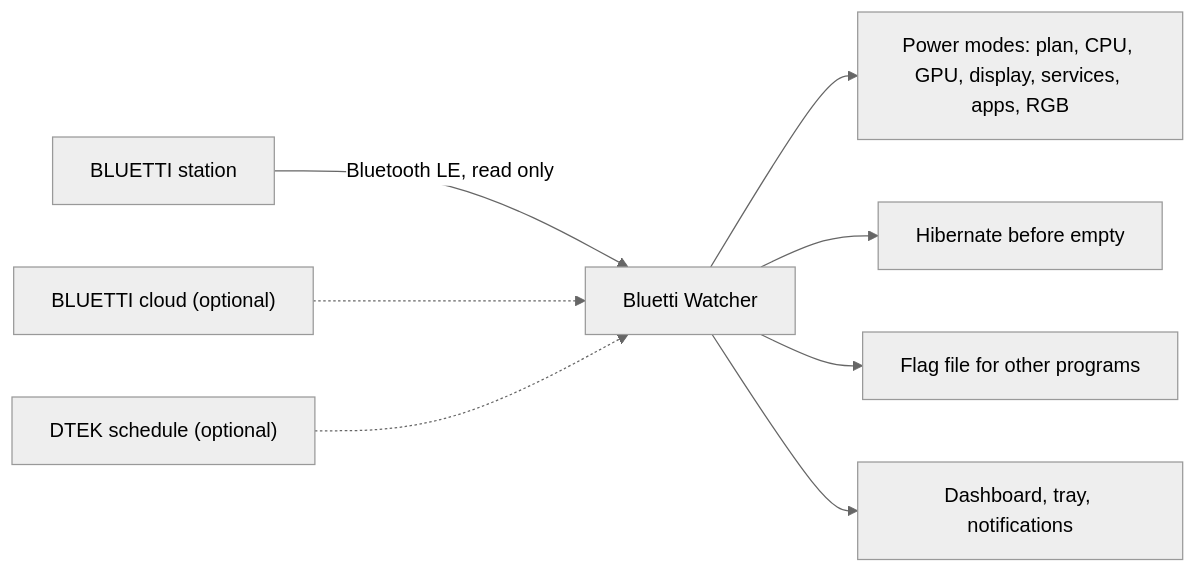
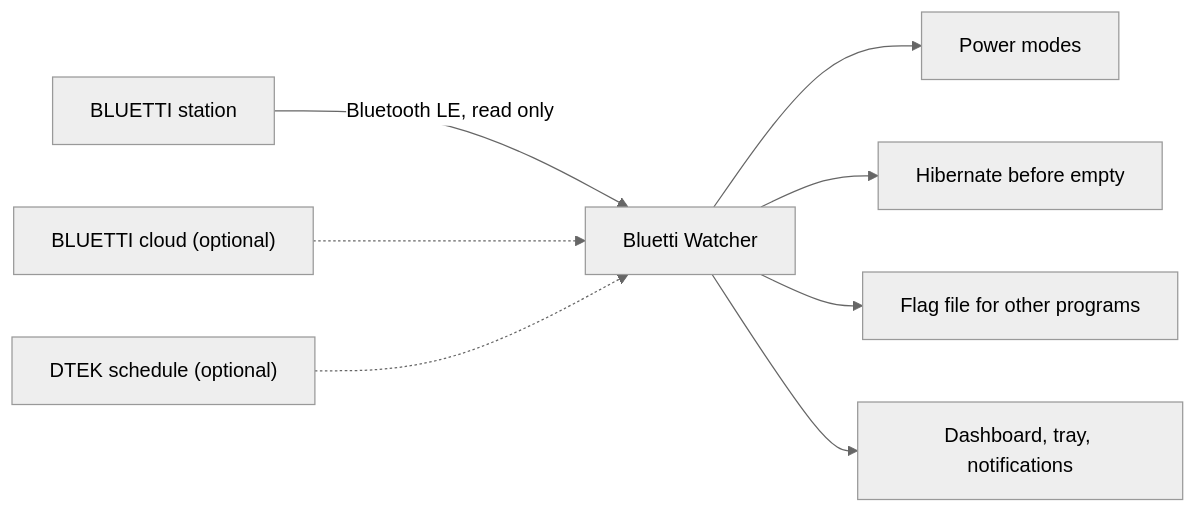
One commit to vitaliy-shatskiy/bluetti-watcher changed the diagram in README.md. Above: the diagram before and after it, drawn with Mermaid (neutral theme). The commit also changed other lines of this file and 1 other file, not shown here.

Commit message:
docs: README first screen fits the column

````diff
--- a/README.md
+++ b/README.md
@@ -40,10 +40,10 @@
 ```mermaid
 flowchart LR
   S["BLUETTI station"] -- "Bluetooth LE, read only" --> W["Bluetti Watcher"]
   C["BLUETTI cloud (optional)"] -.-> W
   K["DTEK schedule (optional)"] -.-> W
-  W --> P["Power modes: plan, CPU, GPU, display, services, apps, RGB"]
+  W --> P["Power modes"]
   W --> H["Hibernate before empty"]
   W --> F["Flag file for other programs"]
   W --> D["Dashboard, tray, notifications"]
 ```
````
